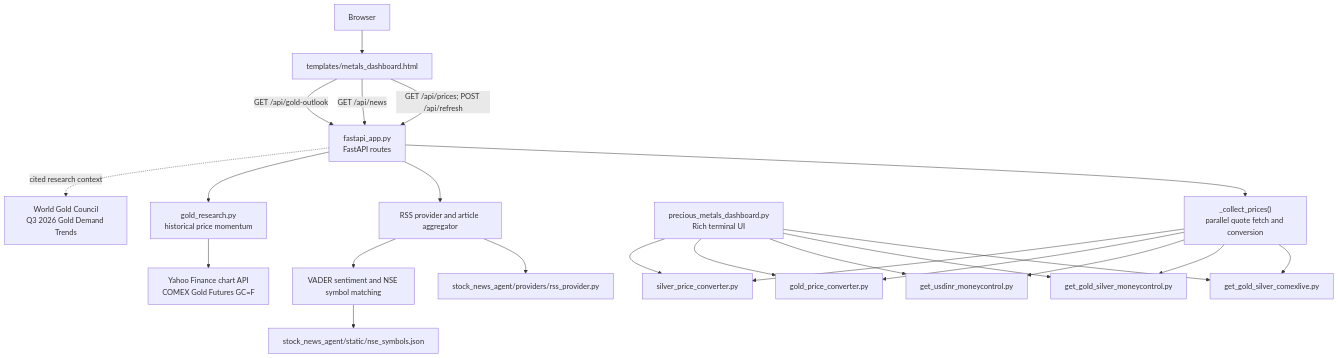
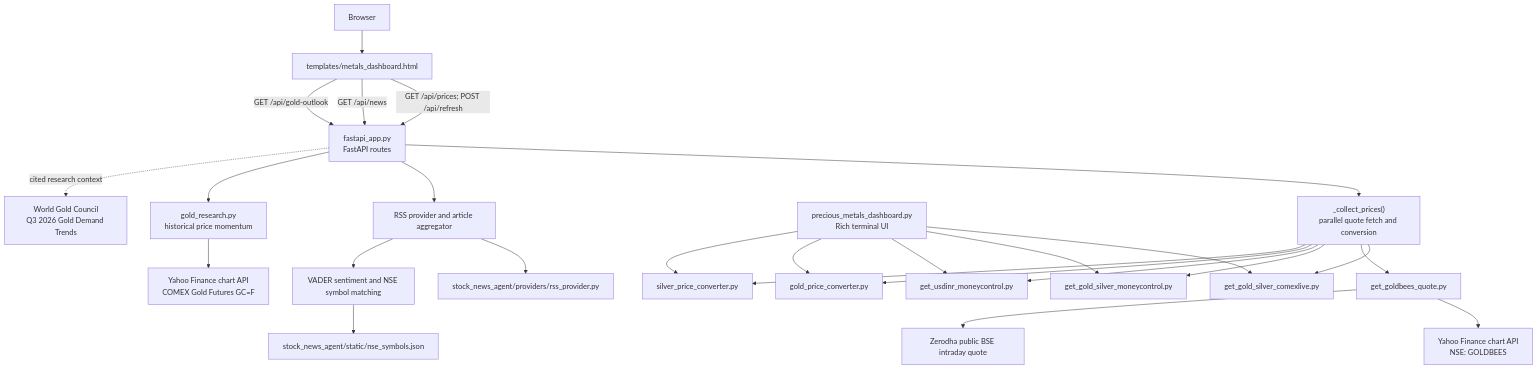
The diagram in architecture.md (lalitshrey/gold_info_web), drawn with Mermaid before and after one commit. The commit also changed other lines of this file and 4 other files, not shown here.

Commit message:
Use Zerodha public quote for Gold BeES

````diff
--- a/architecture.md
+++ b/architecture.md
@@ -10,44 +10,50 @@
 ```mermaid
 flowchart TD
     Browser["Browser"]
     UI["templates/metals_dashboard.html"]
     API["fastapi_app.py<br/>FastAPI routes"]
     Prices["_collect_prices()<br/>parallel quote fetch and conversion"]
     News["RSS provider and article aggregator"]
     Sentiment["VADER sentiment and NSE symbol matching"]
     Outlook["gold_research.py<br/>historical price momentum"]
     Terminal["precious_metals_dashboard.py<br/>Rich terminal UI"]
 
     COMEX["get_gold_silver_comexlive.py"]
+    GoldBeES["get_goldbees_quote.py"]
     MCX["get_gold_silver_moneycontrol.py"]
     FX["get_usdinr_moneycontrol.py"]
     GoldMath["gold_price_converter.py"]
     SilverMath["silver_price_converter.py"]
     Yahoo["Yahoo Finance chart API<br/>COMEX Gold Futures GC=F"]
+    YahooETF["Yahoo Finance chart API<br/>NSE: GOLDBEES"]
+    ZerodhaBSE["Zerodha public BSE intraday quote"]
     WGC["World Gold Council<br/>Q3 2026 Gold Demand Trends"]
     RSS["stock_news_agent/providers/rss_provider.py"]
     Symbols["stock_news_agent/static/nse_symbols.json"]
 
     Browser --> UI
     UI -->|"GET /api/prices; POST /api/refresh"| API
     UI -->|"GET /api/news"| API
     UI -->|"GET /api/gold-outlook"| API
     API --> Prices
     API --> News
     News --> RSS
     News --> Sentiment
     Sentiment --> Symbols
     API --> Outlook
     Outlook --> Yahoo
+    GoldBeES --> YahooETF
+    GoldBeES --> ZerodhaBSE
     API -. "cited research context" .-> WGC
     Prices --> COMEX
+    Prices --> GoldBeES
     Prices --> MCX
     Prices --> FX
     Prices --> GoldMath
     Prices --> SilverMath
     Terminal --> COMEX
     Terminal --> MCX
     Terminal --> FX
     Terminal --> GoldMath
     Terminal --> SilverMath
 ```
````
